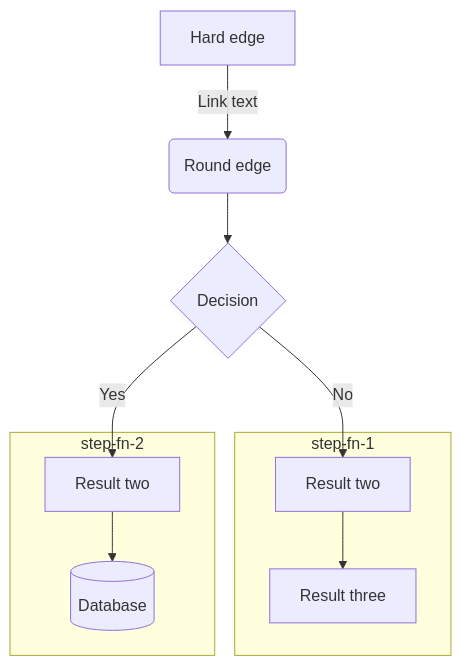
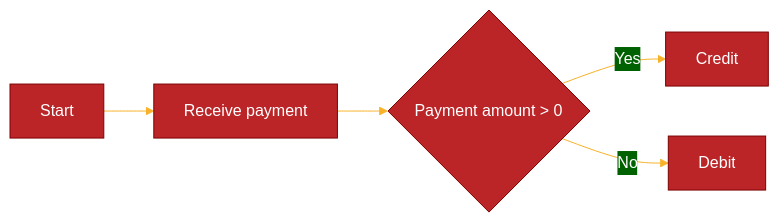
One commit to ShareMyWebStuff/mermaid-presentation changed the second of 2 diagrams in README.md. Above: the diagram before and after it, drawn with Mermaid. The commit also changed other lines of this file and 13 other files, not shown here.

Commit message:
Added seperate files for different charts.

````diff
--- a/README.md
+++ b/README.md
@@ -77,13 +82,20 @@
 ```mermaid
-flowchart TD
-    A[Hard edge] -->|Link text| B(Round edge)
-    B --> C{Decision}
-    C -->|No| D[Result one]
-    C -->|Yes| F[Result two]
-    subgraph step-fn-1
-        D[Result two] --> E[Result three]
-    end
-    subgraph step-fn-2
-        F[Result two] --> G[(Database)]
-    end
+%%{
+  init: {
+    'theme': 'base',
+    'themeVariables': {
+      'primaryColor': '#BB2528',
+      'primaryTextColor': '#fff',
+      'primaryBorderColor': '#7C0000',
+      'lineColor': '#F8B229',
+      'secondaryColor': '#006100',
+      'tertiaryColor': '#fff'
+    }
+  }
+}%%
+flowchart LR
+    A[Start] --> B[Receive payment]
+    B --> C{Payment amount > 0}
+    C --> |Yes| D[Credit]
+    C --> |No| E[Debit]
 ```
````
